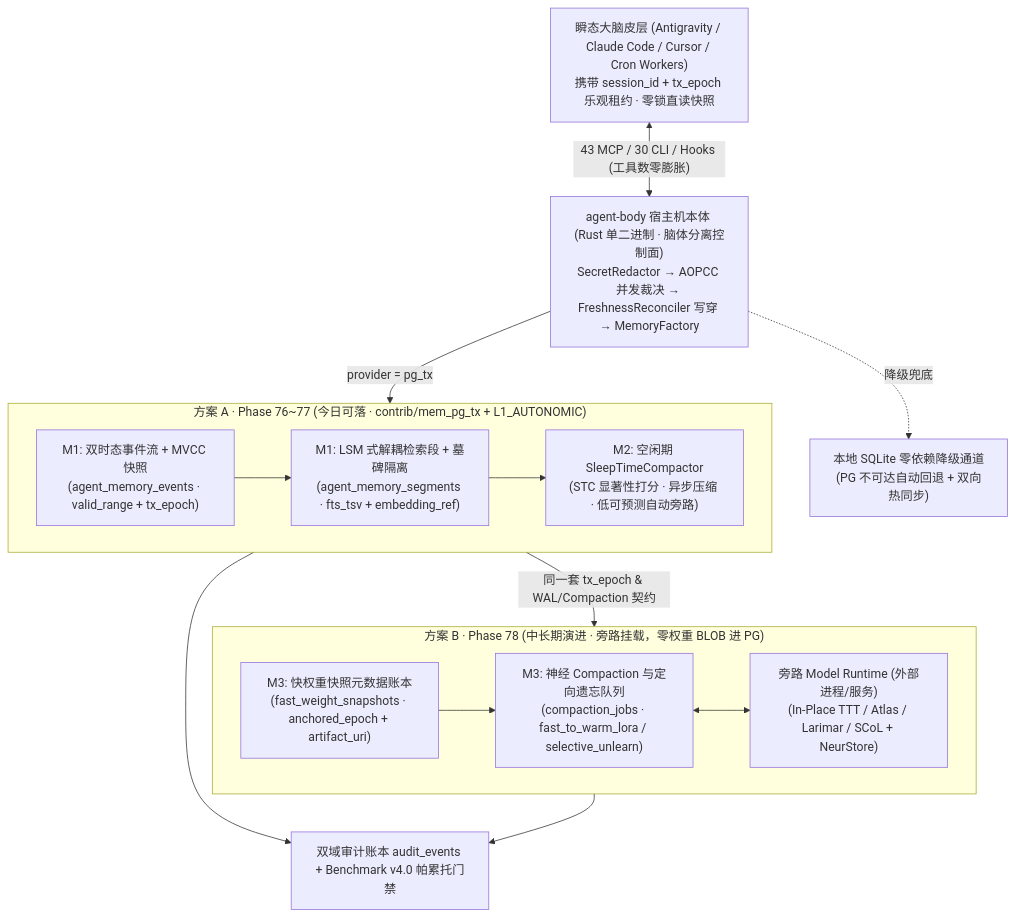
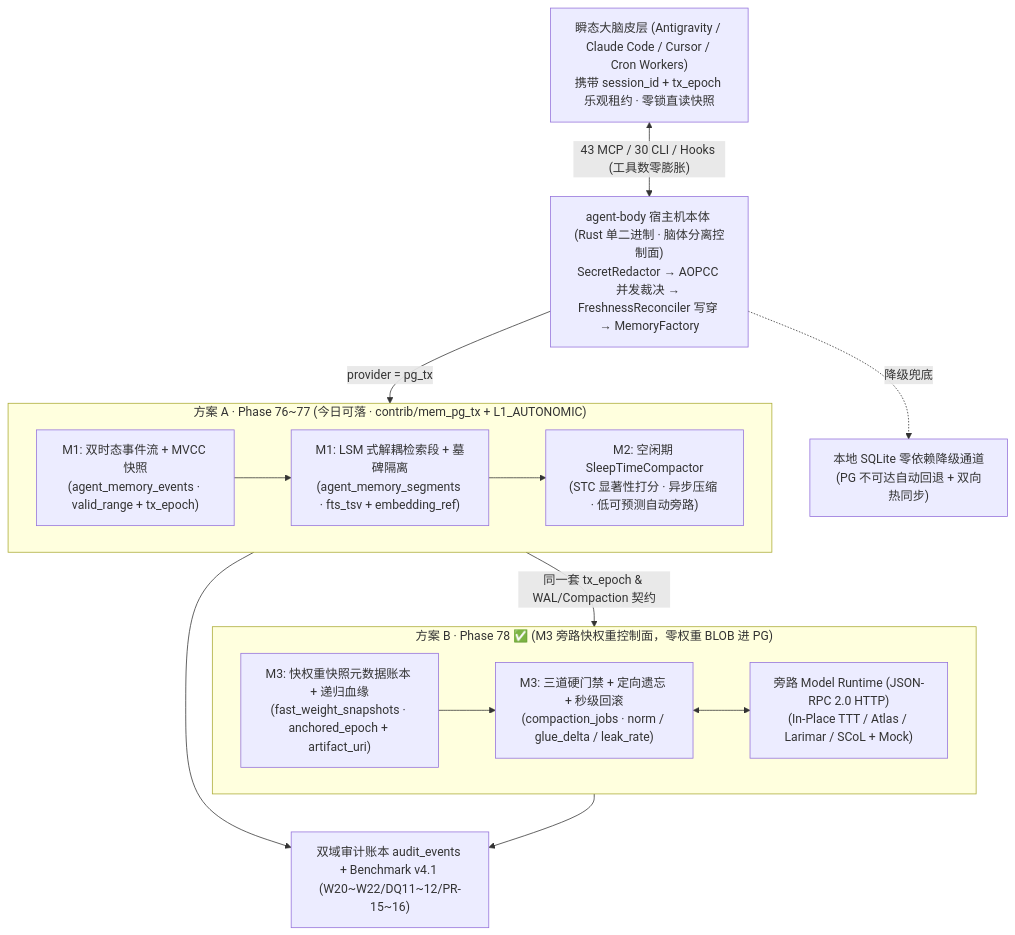
One commit to digoal/agent-body changed the diagram in docs/design_doc/22-pg-tx-memory-spi-a-to-b-spec.md. Above: the diagram before and after it, drawn with Mermaid. The commit also changed other lines of this file and 117 other files, not shown here.

````diff
--- a/docs/design_doc/22-pg-tx-memory-spi-a-to-b-spec.md
+++ b/docs/design_doc/22-pg-tx-memory-spi-a-to-b-spec.md
@@ -55,29 +55,29 @@
 ```mermaid
 flowchart TB
     BRAIN["瞬态大脑皮层 (Antigravity / Claude Code / Cursor / Cron Workers)<br/>携带 session_id + tx_epoch 乐观租约 · 零锁直读快照"]
     BODY["agent-body 宿主机本体 (Rust 单二进制 · 脑体分离控制面)<br/>SecretRedactor → AOPCC 并发裁决 → FreshnessReconciler 写穿 → MemoryFactory"]
 
     subgraph A["方案 A · Phase 76~77 (今日可落 · contrib/mem_pg_tx + L1_AUTONOMIC)"]
         A1["M1: 双时态事件流 + MVCC 快照<br/>(agent_memory_events · valid_range + tx_epoch)"]
         A2["M1: LSM 式解耦检索段 + 墓碑隔离<br/>(agent_memory_segments · fts_tsv + embedding_ref)"]
         A3["M2: 空闲期 SleepTimeCompactor<br/>(STC 显著性打分 · 异步压缩 · 低可预测自动旁路)"]
         A1 --> A2 --> A3
     end
 
-    subgraph B["方案 B · Phase 78 (中长期演进 · 旁路挂载，零权重 BLOB 进 PG)"]
-        B1["M3: 快权重快照元数据账本<br/>(fast_weight_snapshots · anchored_epoch + artifact_uri)"]
-        B2["M3: 神经 Compaction 与定向遗忘队列<br/>(compaction_jobs · fast_to_warm_lora / selective_unlearn)"]
-        B3["旁路 Model Runtime (外部进程/服务)<br/>(In-Place TTT / Atlas / Larimar / SCoL + NeurStore)"]
+    subgraph B["方案 B · Phase 78 ✅ (M3 旁路快权重控制面，零权重 BLOB 进 PG)"]
+        B1["M3: 快权重快照元数据账本 + 递归血缘<br/>(fast_weight_snapshots · anchored_epoch + artifact_uri)"]
+        B2["M3: 三道硬门禁 + 定向遗忘 + 秒级回滚<br/>(compaction_jobs · norm / glue_delta / leak_rate)"]
+        B3["旁路 Model Runtime (JSON-RPC 2.0 HTTP)<br/>(In-Place TTT / Atlas / Larimar / SCoL + Mock)"]
         B1 --> B2 <--> B3
     end
 
     SQLITE["本地 SQLite 零依赖降级通道<br/>(PG 不可达自动回退 + 双向热同步)"]
-    AUDIT["双域审计账本 audit_events + Benchmark v4.0 帕累托门禁"]
+    AUDIT["双域审计账本 audit_events + Benchmark v4.1 (W20~W22/DQ11~12/PR-15~16)"]
 
     BRAIN <-->|"43 MCP / 30 CLI / Hooks (工具数零膨胀)"| BODY
     BODY -->|"provider = pg_tx"| A
     BODY -.->|"降级兜底"| SQLITE
     A -->|"同一套 tx_epoch & WAL/Compaction 契约"| B
     A --> AUDIT
     B --> AUDIT
 ```
````
